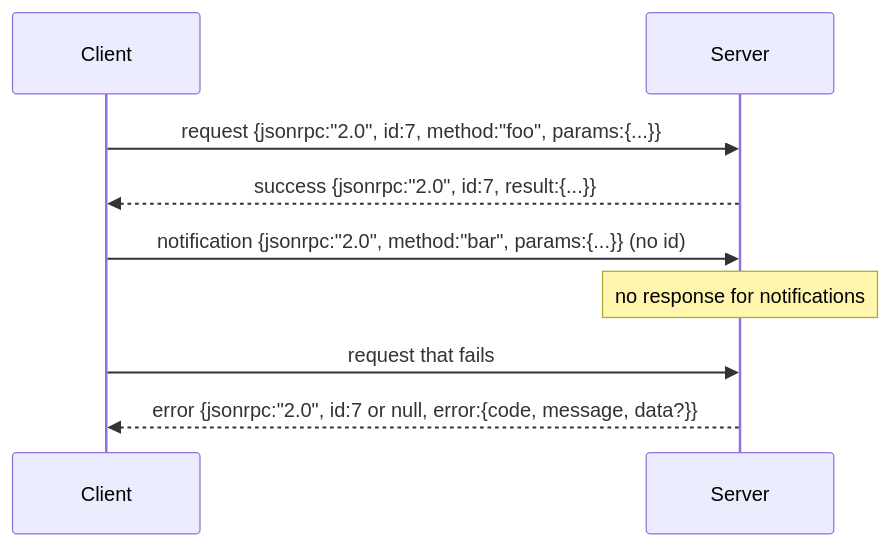
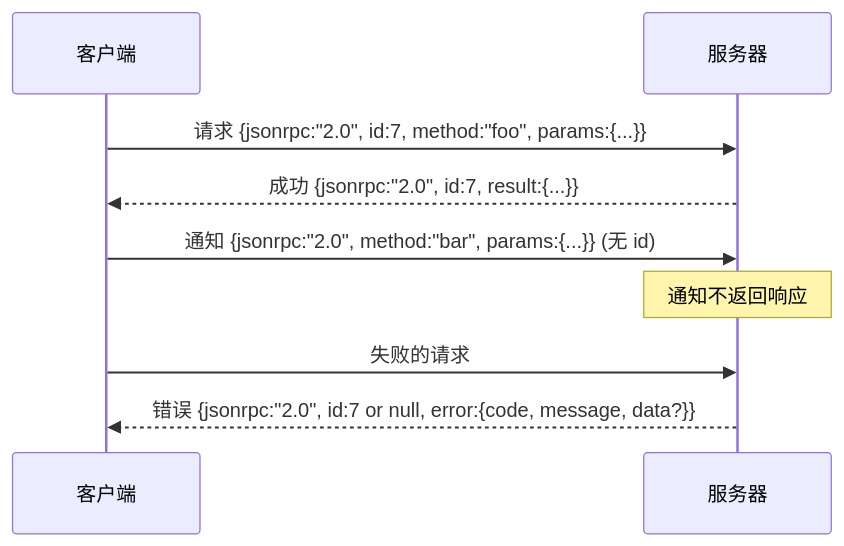
The diagram in phases/19-capstone-projects/22-jsonrpc-stdio-transport.md (cq0206/ai-engineering-from-scratch), drawn with Mermaid before and after one commit. The commit also changed other lines of this file and 150 other files, not shown here.

````diff
--- a/phases/19-capstone-projects/22-jsonrpc-stdio-transport.md
+++ b/phases/19-capstone-projects/22-jsonrpc-stdio-transport.md
@@ -27,11 +27,11 @@
 ```mermaid
 sequenceDiagram
-    participant Client
-    participant Server
-    Client->>Server: request {jsonrpc:"2.0", id:7, method:"foo", params:{...}}
-    Server-->>Client: success {jsonrpc:"2.0", id:7, result:{...}}
-    Client->>Server: notification {jsonrpc:"2.0", method:"bar", params:{...}} (no id)
-    Note over Server: no response for notifications
-    Client->>Server: request that fails
-    Server-->>Client: error {jsonrpc:"2.0", id:7 or null, error:{code, message, data?}}
+    participant 客户端
+    participant 服务器
+    客户端->>服务器: 请求 {jsonrpc:"2.0", id:7, method:"foo", params:{...}}
+    服务器-->>客户端: 成功 {jsonrpc:"2.0", id:7, result:{...}}
+    客户端->>服务器: 通知 {jsonrpc:"2.0", method:"bar", params:{...}} (无 id)
+    Note over 服务器: 通知不返回响应
+    客户端->>服务器: 失败的请求
+    服务器-->>客户端: 错误 {jsonrpc:"2.0", id:7 or null, error:{code, message, data?}}
 ```
````
